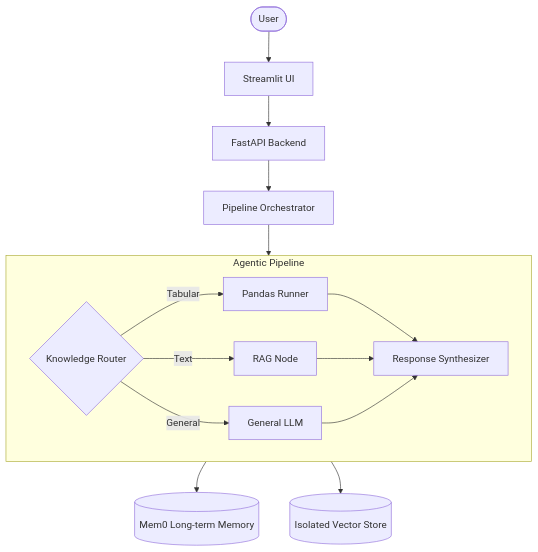
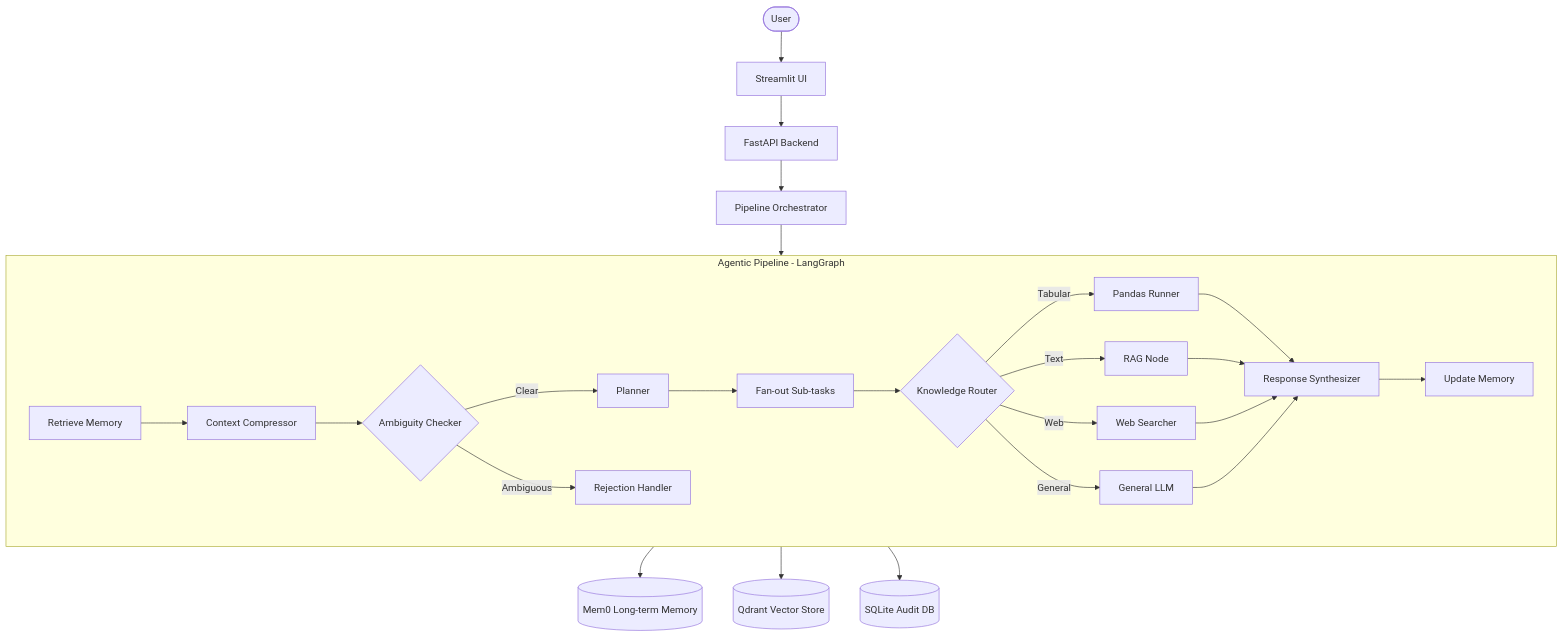
Before and after one commit to HoangKhang226/Multi-Agent-Data-Analyst: the diagram in README.md, drawn with Mermaid. The commit also changed other lines of this file, not shown here.

````diff
--- a/README.md
+++ b/README.md
@@ -24,23 +31,33 @@
 ```mermaid
 graph TD
     User([User]) --> UI[Streamlit UI]
     UI --> API[FastAPI Backend]
     API --> Orchestrator[Pipeline Orchestrator]
 
-    subgraph Agents [Agentic Pipeline]
-        Router{Knowledge Router}
+    subgraph Agents [Agentic Pipeline - LangGraph]
+        Memory1[Retrieve Memory] --> Compressor[Context Compressor]
+        Compressor --> Ambiguity{Ambiguity Checker}
+        Ambiguity -->|Clear| Planner[Planner]
+        Ambiguity -->|Ambiguous| Rejection[Rejection Handler]
+
+        Planner --> FanOut[Fan-out Sub-tasks]
+        FanOut --> Router{Knowledge Router}
+
         Router --> |Tabular| Pandas[Pandas Runner]
         Router --> |Text| RAG[RAG Node]
+        Router --> |Web| Web[Web Searcher]
         Router --> |General| LLM[General LLM]
 
         Pandas --> Synthesizer
         RAG --> Synthesizer
+        Web --> Synthesizer
         LLM --> Synthesizer
 
-        Synthesizer[Response Synthesizer]
+        Synthesizer[Response Synthesizer] --> Memory2[Update Memory]
     end
 
     Orchestrator --> Agents
     Agents --> Memory[(Mem0 Long-term Memory)]
-    Agents --> VectorDB[(Isolated Vector Store)]
+    Agents --> VectorDB[(Qdrant Vector Store)]
+    Agents --> SqlDB[(SQLite Audit DB)]
 ```
````
